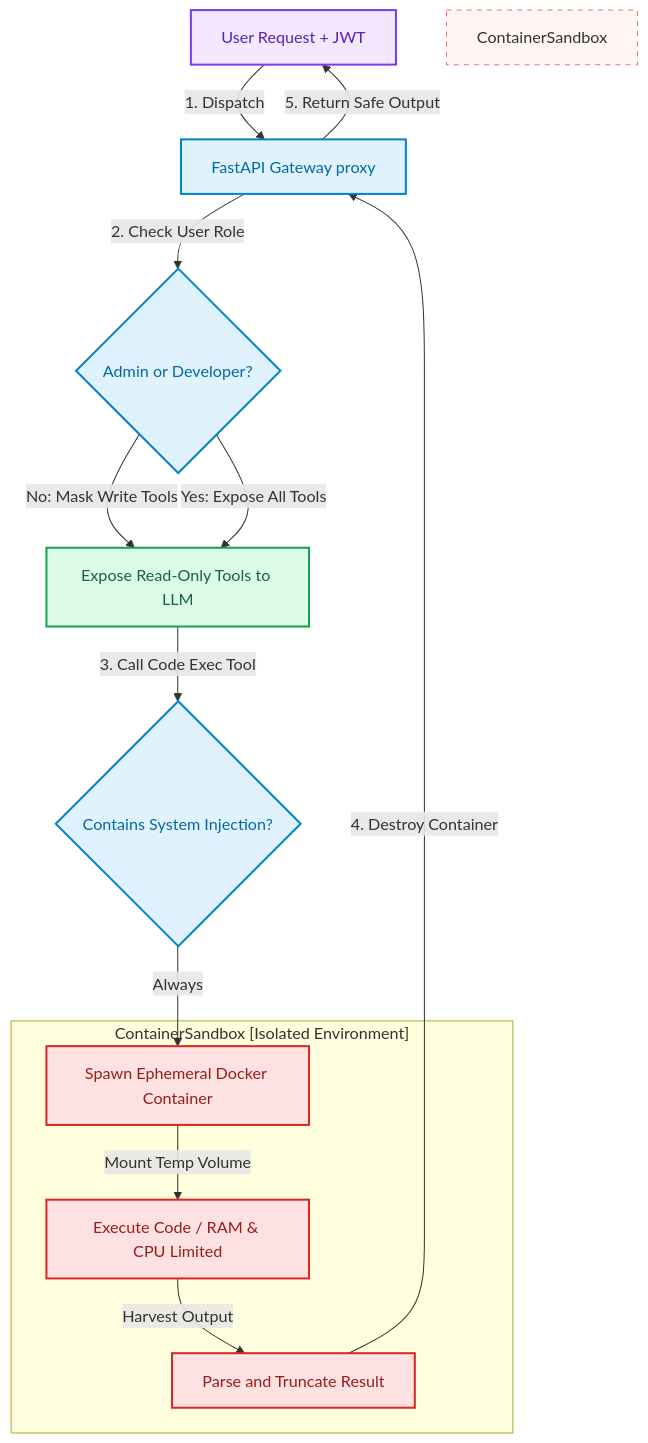
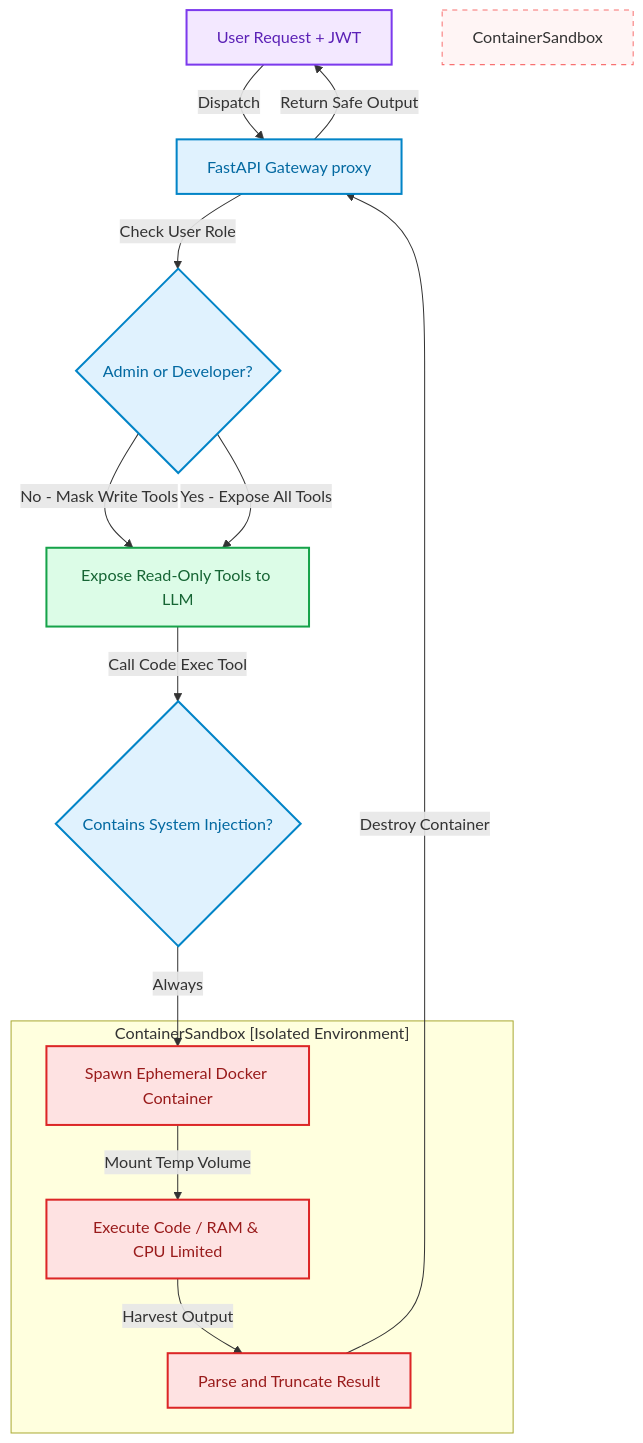
The diagram in blog/posts/context-engineering-ephemeral-sandboxing.md (akmalkhaniub/akmalkhaniub.github.io), drawn with Mermaid before and after one commit. The commit also changed 411 other files, not shown here.

````diff
--- a/blog/posts/context-engineering-ephemeral-sandboxing.md
+++ b/blog/posts/context-engineering-ephemeral-sandboxing.md
@@ -24,31 +24,31 @@
 ```mermaid
-graph TD
+flowchart TD
     classDef start fill:#f3e8ff,stroke:#7c3aed,stroke-width:2px,color:#5b21b6;
     classDef gate fill:#e0f2fe,stroke:#0284c7,stroke-width:2px,color:#0369a1;
     classDef sandbox fill:#fee2e2,stroke:#dc2626,stroke-width:2px,color:#991b1b;
     classDef secure fill:#dcfce7,stroke:#16a34a,stroke-width:2px,color:#166534;
 
-    User[User Request + JWT] -->|1. Dispatch| Gateway[FastAPI Gateway proxy]
-    Gateway -->|2. Check User Role| RoleFilter{Admin or Developer?}
+    User[User Request + JWT] -->|Dispatch| Gateway[FastAPI Gateway proxy]
+    Gateway -->|Check User Role| RoleFilter{Admin or Developer?}
     
-    RoleFilter -->|No: Mask Write Tools| AgentPrompt[Expose Read-Only Tools to LLM]
-    RoleFilter -->|Yes: Expose All Tools| AgentPrompt
+    RoleFilter -->|No - Mask Write Tools| AgentPrompt[Expose Read-Only Tools to LLM]
+    RoleFilter -->|Yes - Expose All Tools| AgentPrompt
     
-    AgentPrompt -->|3. Call Code Exec Tool| CodeCheck{Contains System Injection?}
+    AgentPrompt -->|Call Code Exec Tool| CodeCheck{Contains System Injection?}
     CodeCheck -->|Always| DockerLaunch[Spawn Ephemeral Docker Container]
     
     subgraph SG1_ContainersandboxIsolatedEnvironment ["ContainerSandbox [Isolated Environment]"]
         DockerLaunch -->|Mount Temp Volume| RunScript[Execute Code / RAM & CPU Limited]
         RunScript -->|Harvest Output| OutputCheck[Parse and Truncate Result]
     end
     
-    OutputCheck -->|4. Destroy Container| Gateway
-    Gateway -->|5. Return Safe Output| User
+    OutputCheck -->|Destroy Container| Gateway
+    Gateway -->|Return Safe Output| User
 
     class User start;
     class Gateway,RoleFilter,CodeCheck gate;
     class DockerLaunch,RunScript,OutputCheck sandbox;
     class AgentPrompt secure;
     
     style ContainerSandbox fill:#fff5f5,stroke:#f87171,stroke-width:1px,stroke-dasharray: 5 5
 ```
````
